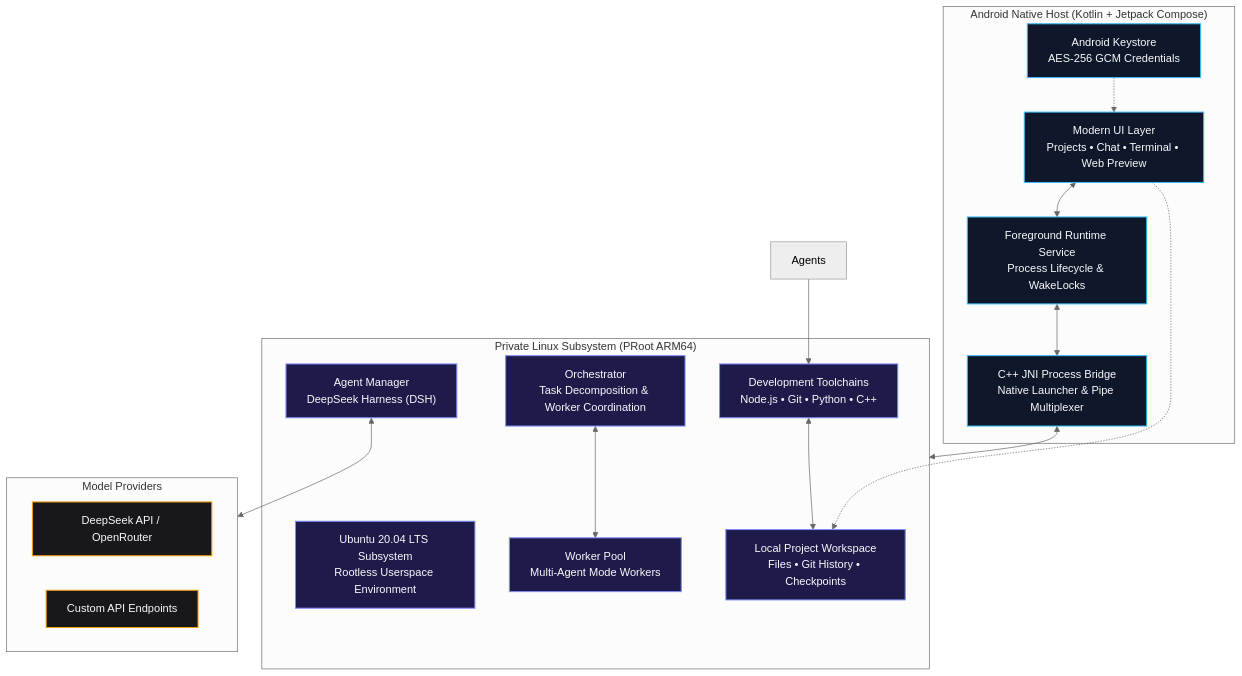
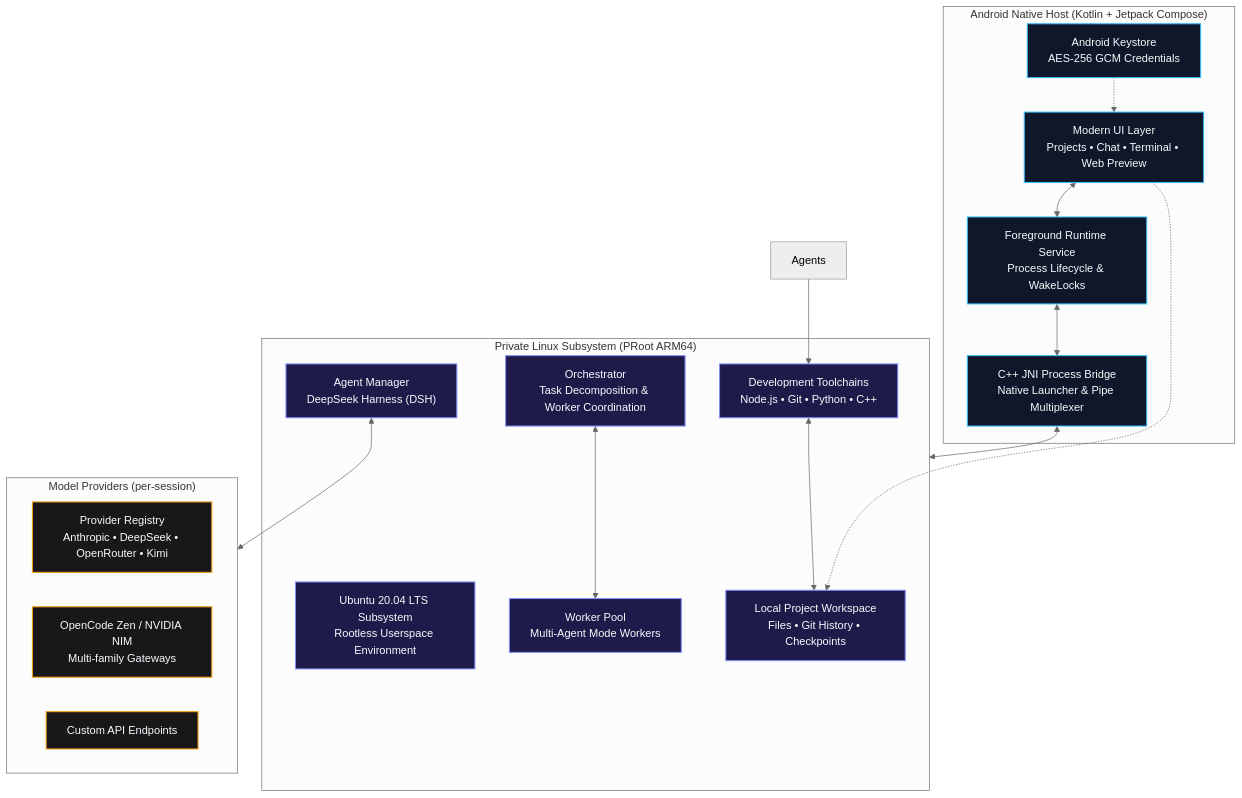
Before and after one commit to elias-veyne/AGENTIC: the diagram in README.md, drawn with Mermaid (neutral theme). The commit also changed other lines of this file and 3 other files, not shown here.

````diff
--- a/README.md
+++ b/README.md
@@ -201,41 +208,42 @@
 ```mermaid
 flowchart TB
     subgraph Host[" Android Native Host (Kotlin + Jetpack Compose) "]
         UI["Modern UI Layer<br/>Projects • Chat • Terminal • Web Preview"]
         Service["Foreground Runtime Service<br/>Process Lifecycle & WakeLocks"]
         Keystore["Android Keystore<br/>AES-256 GCM Credentials"]
         Bridge["C++ JNI Process Bridge<br/>Native Launcher & Pipe Multiplexer"]
     end
 
     subgraph Subsystem[" Private Linux Subsystem (PRoot ARM64) "]
         Ubuntu["Ubuntu 20.04 LTS Subsystem<br/>Rootless Userspace Environment"]
         AgentManager["Agent Manager<br/>DeepSeek Harness (DSH)"]
         Orchestrator["Orchestrator<br/>Task Decomposition & Worker Coordination"]
         Workers["Worker Pool<br/>Multi-Agent Mode Workers"]
         Tools["Development Toolchains<br/>Node.js • Git • Python • C++"]
         Workspace["Local Project Workspace<br/>Files • Git History • Checkpoints"]
     end
 
-    subgraph Cloud[" Model Providers "]
-        DeepSeek["DeepSeek API / OpenRouter"]
+    subgraph Cloud[" Model Providers (per-session) "]
+        Providers["Provider Registry<br/>Anthropic • DeepSeek • OpenRouter • Kimi"]
+        Zen["OpenCode Zen / NVIDIA NIM<br/>Multi-family Gateways"]
         Gateways["Custom API Endpoints"]
     end
 
     UI <--> Service
     Service <--> Bridge
     Bridge <--> Subsystem
     Keystore -.-> UI
     AgentManager <--> Cloud
     Orchestrator <--> Workers
     Agents --> Tools
     Tools <--> Workspace
     UI -.-> Workspace
 
     classDef hostStyle fill:#0f172a,stroke:#38bdf8,stroke-width:1.5px,color:#f8fafc;
     classDef subStyle fill:#1e1b4b,stroke:#818cf8,stroke-width:1.5px,color:#f8fafc;
     classDef cloudStyle fill:#18181b,stroke:#f59e0b,stroke-width:1.5px,color:#f8fafc;
 
     class UI,Service,Keystore,Bridge hostStyle;
     class Ubuntu,AgentManager,Orchestrator,Workers,Tools,Workspace subStyle;
-    class DeepSeek,Gateways cloudStyle;
+    class Providers,Zen,Gateways cloudStyle;
 ```
````
